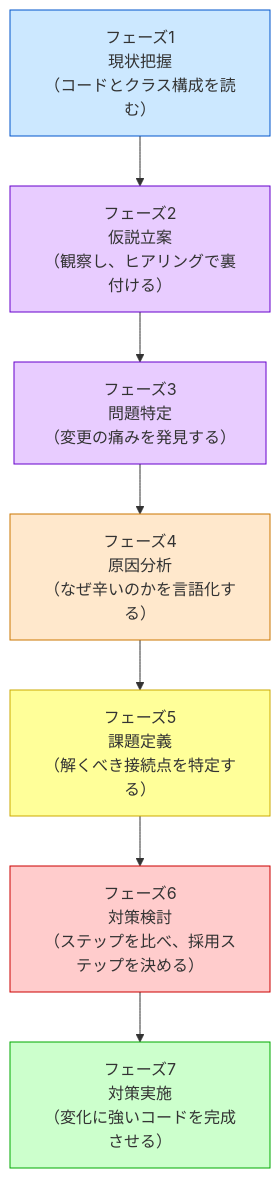
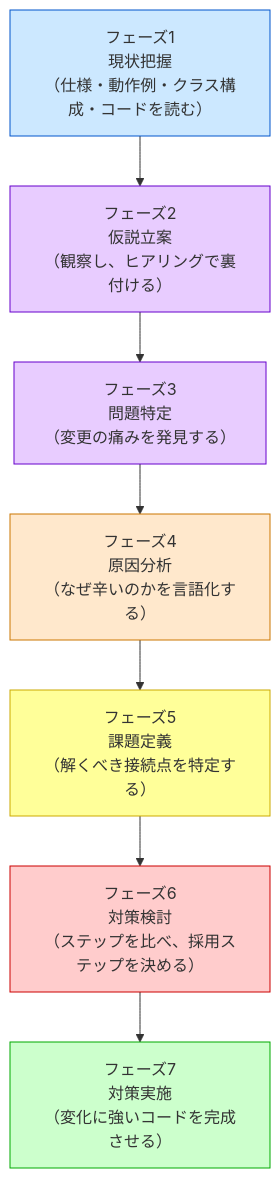
The diagram in kindle/design-patterns/output/chapter00_2.md (kumachan1101-pixel/DesignPattern), drawn with Mermaid before and after one commit. The commit also changed other lines of this file and 3 other files, not shown here.

````diff
--- a/kindle/design-patterns/output/chapter00_2.md
+++ b/kindle/design-patterns/output/chapter00_2.md
@@ -61,20 +61,20 @@
 ```mermaid
 graph TD
-    F1["フェーズ1<br>現状把握<br>（コードとクラス構成を読む）"]
+    F1["フェーズ1<br>現状把握<br>（仕様・動作例・クラス構成・コードを読む）"]
     F2["フェーズ2<br>仮説立案<br>（観察し、ヒアリングで裏付ける）"]
     F3["フェーズ3<br>問題特定<br>（変更の痛みを発見する）"]
     F4["フェーズ4<br>原因分析<br>（なぜ辛いのかを言語化する）"]
     F5["フェーズ5<br>課題定義<br>（解くべき接続点を特定する）"]
     F6["フェーズ6<br>対策検討<br>（ステップを比べ、採用ステップを決める）"]
     F7["フェーズ7<br>対策実施<br>（変化に強いコードを完成させる）"]
 
     F1 --> F2 --> F3 --> F4 --> F5 --> F6 --> F7
 
     style F1 fill:#cce8ff,stroke:#0055cc
     style F2 fill:#e8ccff,stroke:#6600cc
     style F3 fill:#e8ccff,stroke:#6600cc
     style F4 fill:#ffe8cc,stroke:#cc7700
     style F5 fill:#ffff99,stroke:#ccaa00
     style F6 fill:#ffcccc,stroke:#cc0000
     style F7 fill:#ccffcc,stroke:#00aa00
 ```
````
